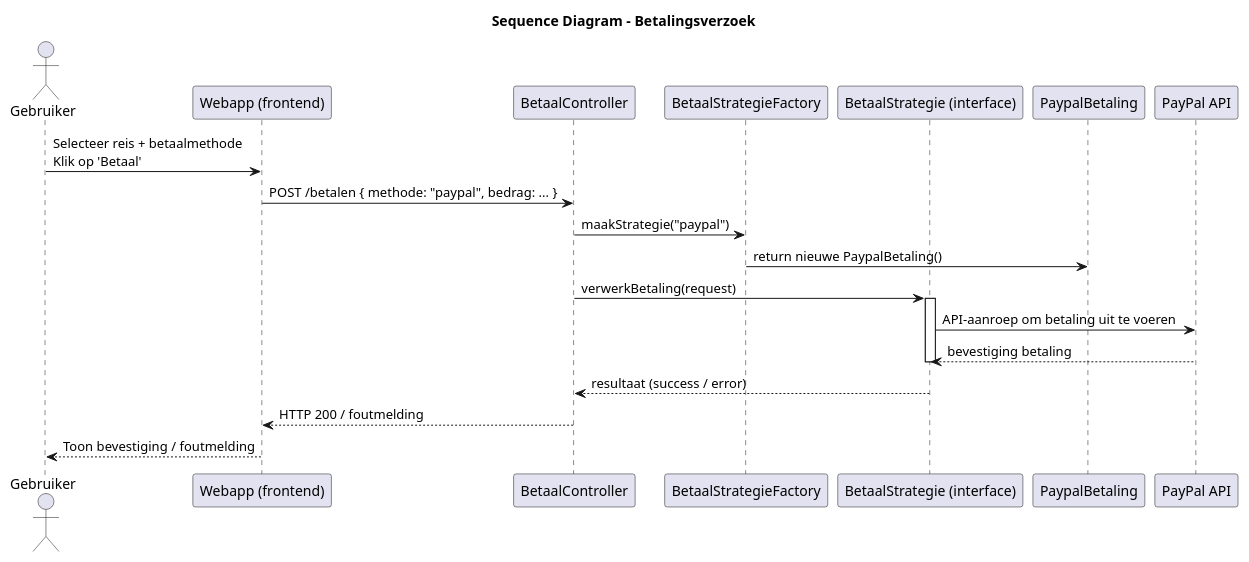
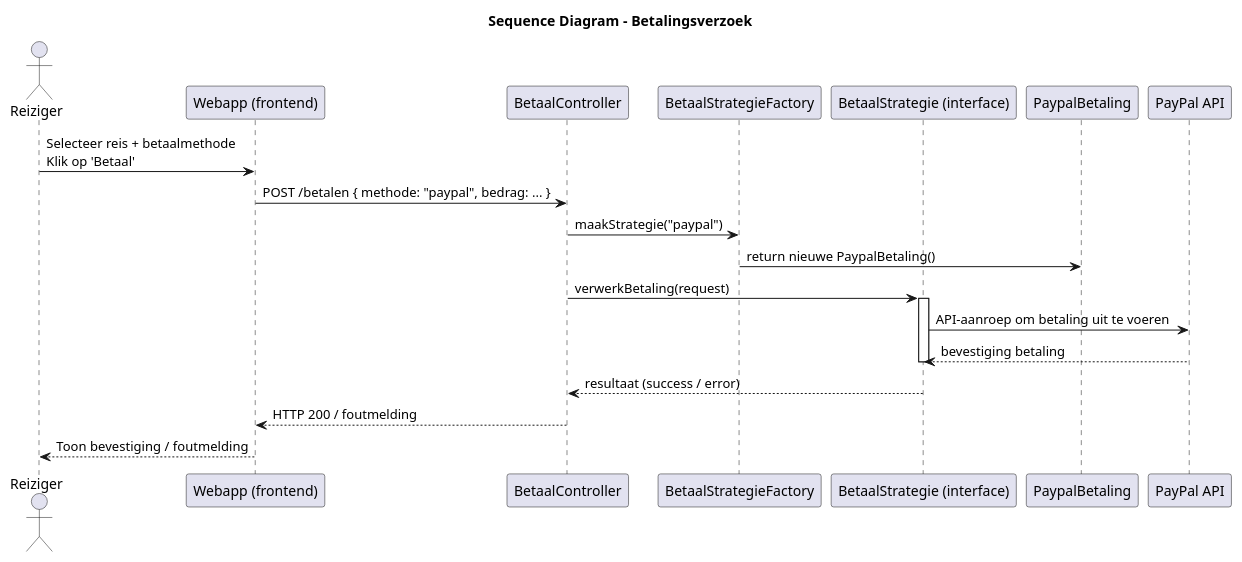
Before and after one commit to AIM-ENE-feb25/triptop-groep-5: the diagram in software-guidebook/BetaalmethodeSequence.puml, drawn with PlantUML. The commit also changed 8 other files, not shown here.

Commit message:
small changes to diagrams

```diff
--- a/software-guidebook/BetaalmethodeSequence.puml
+++ b/software-guidebook/BetaalmethodeSequence.puml
@@ -1,28 +1,28 @@
 @startuml
 title Sequence Diagram - Betalingsverzoek
 
-actor Gebruiker
+actor Reiziger
 participant "Webapp (frontend)" as WebApp
 participant "BetaalController" as Controller
 participant "BetaalStrategieFactory" as Factory
 participant "BetaalStrategie (interface)" as Strategie
 participant "PaypalBetaling" as Paypal
 participant "PayPal API" as PayPalAPI
 
-Gebruiker -> WebApp : Selecteer reis + betaalmethode\nKlik op 'Betaal'
+Reiziger -> WebApp : Selecteer reis + betaalmethode\nKlik op 'Betaal'
 WebApp -> Controller : POST /betalen { methode: "paypal", bedrag: ... }
 
 Controller -> Factory : maakStrategie("paypal")
 Factory -> Paypal : return nieuwe PaypalBetaling()
 
 Controller -> Strategie : verwerkBetaling(request)
 activate Strategie
 Strategie -> PayPalAPI : API-aanroep om betaling uit te voeren
 PayPalAPI --> Strategie : bevestiging betaling
 deactivate Strategie
 
 Strategie --> Controller : resultaat (success / error)
 Controller --> WebApp : HTTP 200 / foutmelding
-WebApp --> Gebruiker : Toon bevestiging / foutmelding
+WebApp --> Reiziger : Toon bevestiging / foutmelding
 
 @enduml
```
